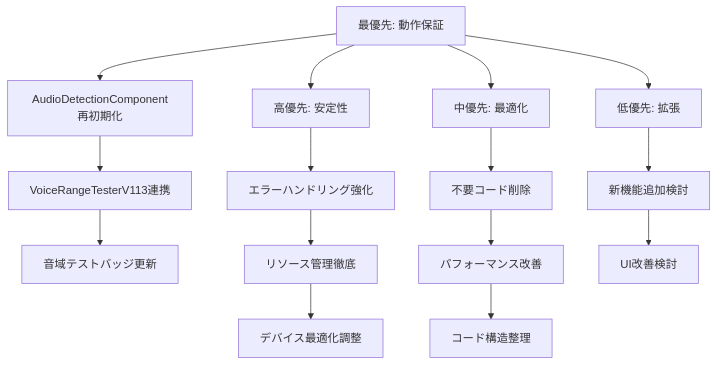
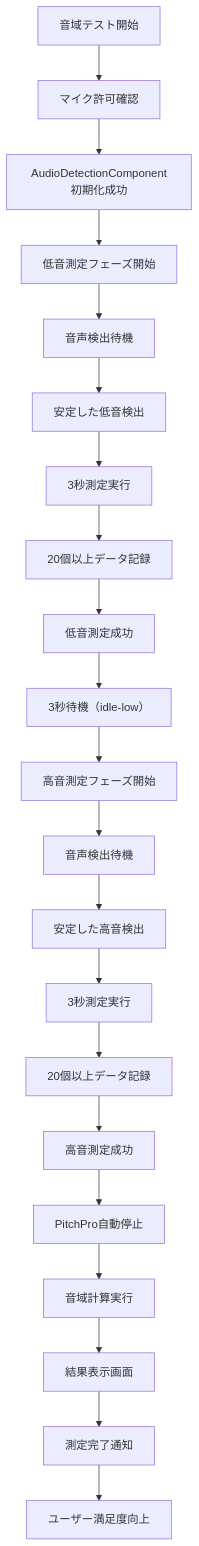
Before and after one commit to kiyopi/Relative-pitch-app: the tenth of 10 diagrams in VOICE_RANGE_TEST_FLOW_DIAGRAM.md, drawn with Mermaid. The commit also changed other lines of this file and 79 other files, not shown here.

````diff
--- a/VOICE_RANGE_TEST_FLOW_DIAGRAM.md
+++ b/VOICE_RANGE_TEST_FLOW_DIAGRAM.md
@@ -370,17 +367,27 @@
 ```mermaid
 flowchart TD
-    A[最優先: 動作保証] --> B[AudioDetectionComponent再初期化]
-    B --> C[VoiceRangeTesterV113連携]
-    C --> D[音域テストバッジ更新]
-    
-    A --> E[高優先: 安定性] --> F[エラーハンドリング強化]
-    F --> G[リソース管理徹底]
-    G --> H[デバイス最適化調整]
-    
-    A --> I[中優先: 最適化] --> J[不要コード削除]  
-    J --> K[パフォーマンス改善]
-    K --> L[コード構造整理]
-    
-    A --> M[低優先: 拡張] --> N[新機能追加検討]
-    N --> O[UI改善検討]
+    A[音域テスト開始] --> B[マイク許可確認]
+    B --> C[AudioDetectionComponent初期化成功]
+    C --> D[低音測定フェーズ開始]
+
+    D --> E[音声検出待機]
+    E --> F[安定した低音検出]
+    F --> G[3秒測定実行]
+    G --> H[20個以上データ記録]
+    H --> I[低音測定成功]
+
+    I --> J[3秒待機（idle-low）]
+    J --> K[高音測定フェーズ開始]
+    K --> L[音声検出待機]
+    L --> M[安定した高音検出]
+    M --> N[3秒測定実行]
+    N --> O[20個以上データ記録]
+    O --> P[高音測定成功]
+
+    P --> Q[PitchPro自動停止]
+    Q --> R[音域計算実行]
+    R --> S[結果表示画面]
+    S --> T[測定完了通知]
+
+    T --> U[ユーザー満足度向上]
 ```
````
